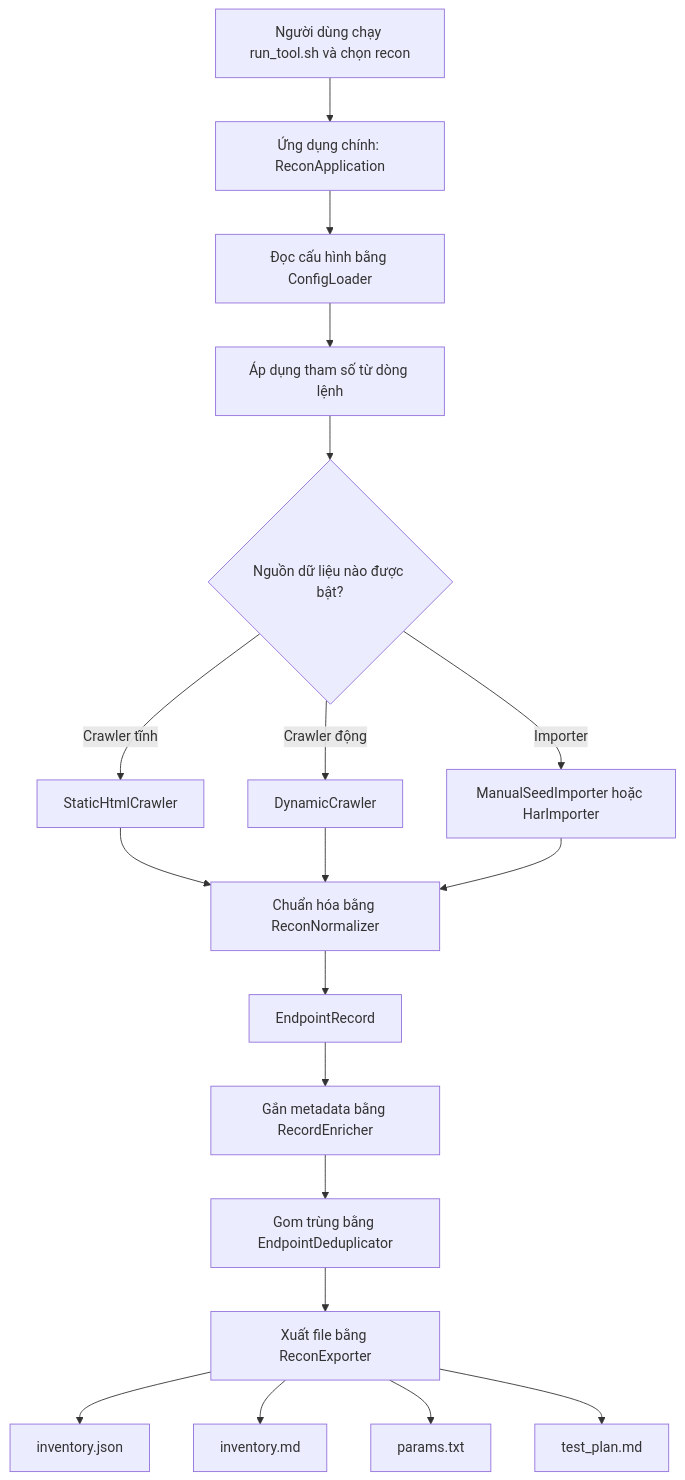
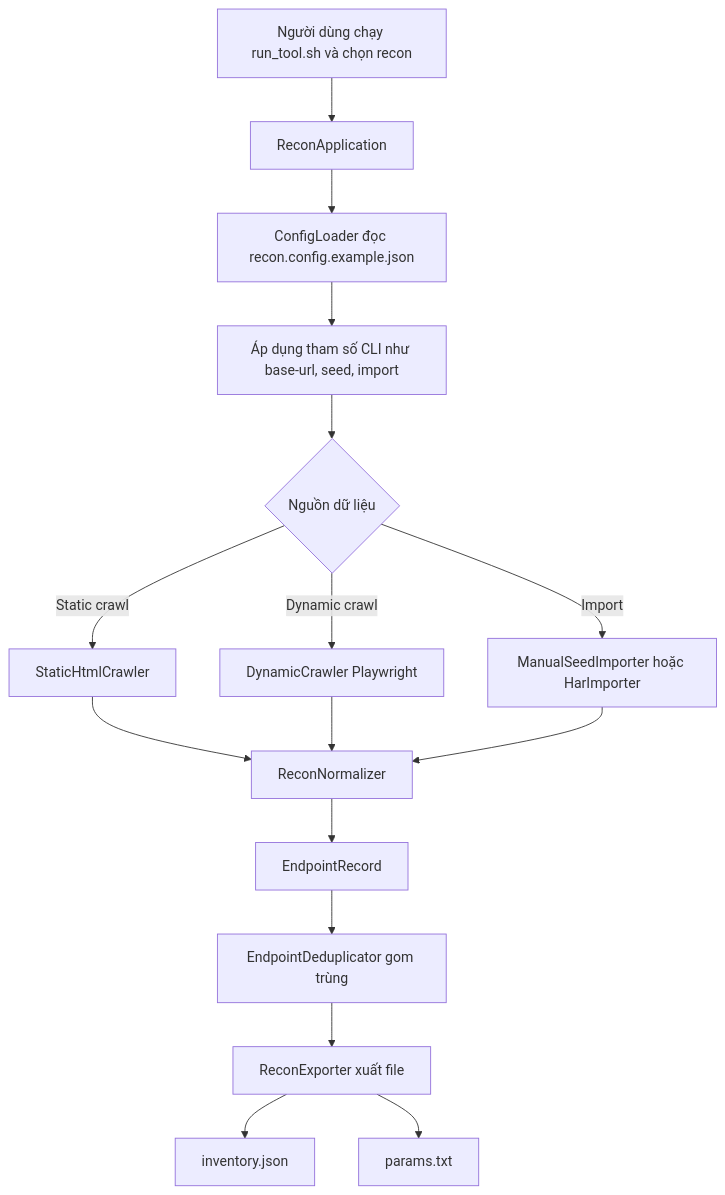
One commit to penguino7/toolkiemthu changed the first of 8 diagrams in recontool/RECON_FLOW.md. Above: the diagram before and after it, drawn with Mermaid. The commit also changed other lines of this file and 34 other files, not shown here.

````diff
--- a/recontool/RECON_FLOW.md
+++ b/recontool/RECON_FLOW.md
@@ -15,25 +7,22 @@
 ```mermaid
 flowchart TD
-    A[Người dùng chạy run_tool.sh và chọn recon] --> B[Ứng dụng chính: ReconApplication]
-    B --> C[Đọc cấu hình bằng ConfigLoader]
-    C --> D[Áp dụng tham số từ dòng lệnh]
-    D --> E{Nguồn dữ liệu nào được bật?}
+    A[Người dùng chạy run_tool.sh và chọn recon] --> B[ReconApplication]
+    B --> C[ConfigLoader đọc recon.config.example.json]
+    C --> D[Áp dụng tham số CLI như base-url, seed, import]
 
-    E -->|Crawler tĩnh| F[StaticHtmlCrawler]
-    E -->|Crawler động| G[DynamicCrawler]
-    E -->|Importer| H[ManualSeedImporter hoặc HarImporter]
+    D --> E{Nguồn dữ liệu}
+    E -->|Static crawl| F[StaticHtmlCrawler]
+    E -->|Dynamic crawl| G[DynamicCrawler Playwright]
+    E -->|Import| H[ManualSeedImporter hoặc HarImporter]
 
-    F --> I[Chuẩn hóa bằng ReconNormalizer]
+    F --> I[ReconNormalizer]
     G --> I
     H --> I
 
     I --> J[EndpointRecord]
-    J --> K[Gắn metadata bằng RecordEnricher]
-    K --> L[Gom trùng bằng EndpointDeduplicator]
-    L --> M[Xuất file bằng ReconExporter]
+    J --> K[EndpointDeduplicator gom trùng]
+    K --> L[ReconExporter xuất file]
 
-    M --> N[inventory.json]
-    M --> O[inventory.md]
-    M --> P[params.txt]
-    M --> Q[test_plan.md]
+    L --> M[inventory.json]
+    L --> N[params.txt]
 ```
````
